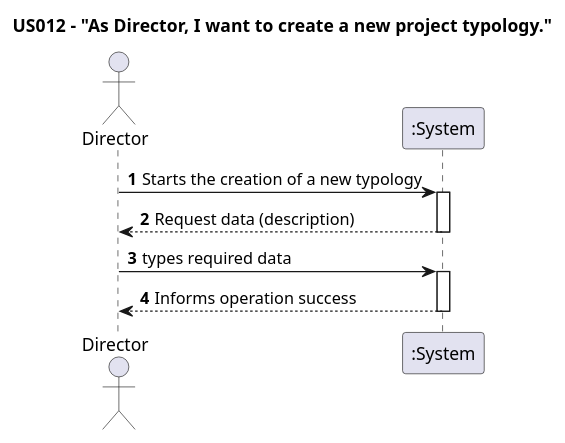
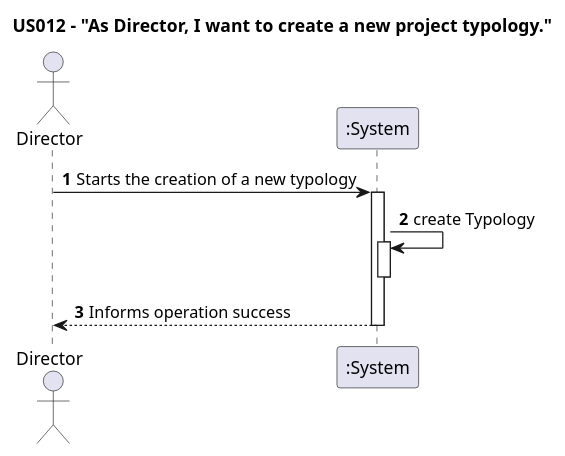
One commit to nunogon1211787/projectManagement changed the diagram in docs/Sprint1/US012/US012-SSD.puml. Above: the diagram before and after it, drawn with PlantUML. The commit also changed 45 other files, not shown here.

```diff
--- a/docs/Sprint1/US012/US012-SSD.puml
+++ b/docs/Sprint1/US012/US012-SSD.puml
@@ -1,16 +1,16 @@
 @startuml
 
 title US012 - "As Director, I want to create a new project typology."
 
 autoactivate on
 autonumber
 
 actor "Director" as Director
 participant ":System" as System
 
 Director -> System: Starts the creation of a new typology
-return Request data (description)
-Director -> System: types required data
+System -> System: create Typology
+deactivate
 return Informs operation success
 
 @enduml
```
